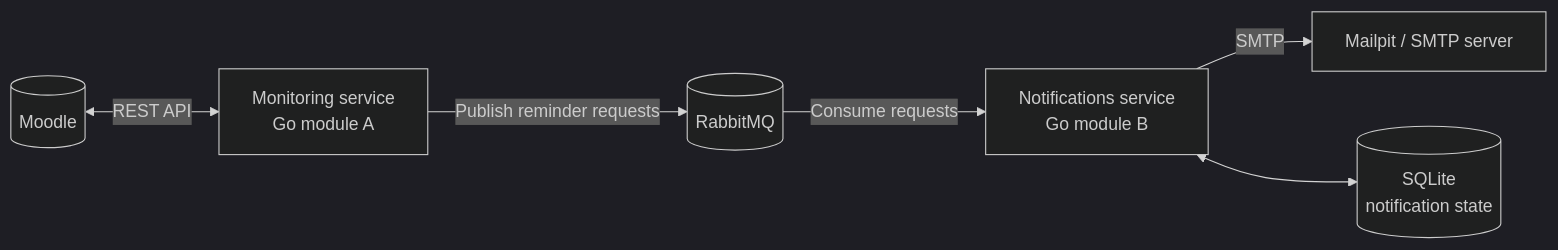
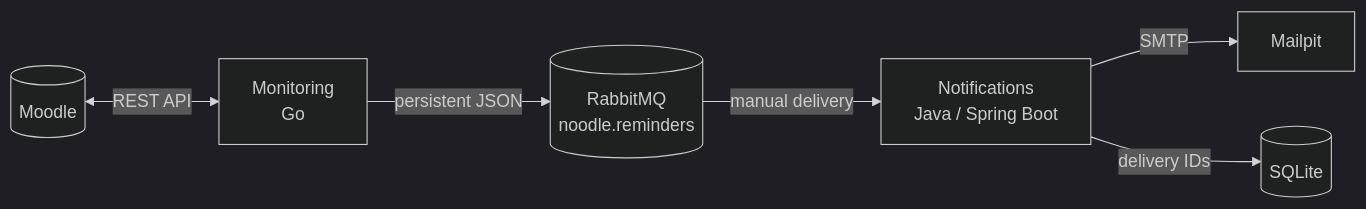
Before and after one commit to htaschne/noodle: the diagram in docs/ARCHITECTURE.md, drawn with Mermaid (dark theme). The commit also changed other lines of this file and 1 other file, not shown here.

````diff
--- a/docs/ARCHITECTURE.md
+++ b/docs/ARCHITECTURE.md
@@ -13,8 +7,8 @@
 ```mermaid
 flowchart LR
-    Moodle[(Moodle)] <-->|REST API| Monitoring[Monitoring service<br/>Go module A]
-    Monitoring -->|Publish reminder requests| RabbitMQ[(RabbitMQ)]
-    RabbitMQ -->|Consume requests| Notifications[Notifications service<br/>Go module B]
-    Notifications -->|SMTP| Mailpit[Mailpit / SMTP server]
-    Notifications <--> DB[(SQLite<br/>notification state)]
+    Moodle[(Moodle)] <-->|REST API| Monitoring[Monitoring<br/>Go]
+    Monitoring -->|persistent JSON| RabbitMQ[(RabbitMQ<br/>noodle.reminders)]
+    RabbitMQ -->|manual delivery| Notifications[Notifications<br/>Java / Spring Boot]
+    Notifications -->|SMTP| Mailpit[Mailpit]
+    Notifications -->|delivery IDs| SQLite[(SQLite)]
 ```
````
